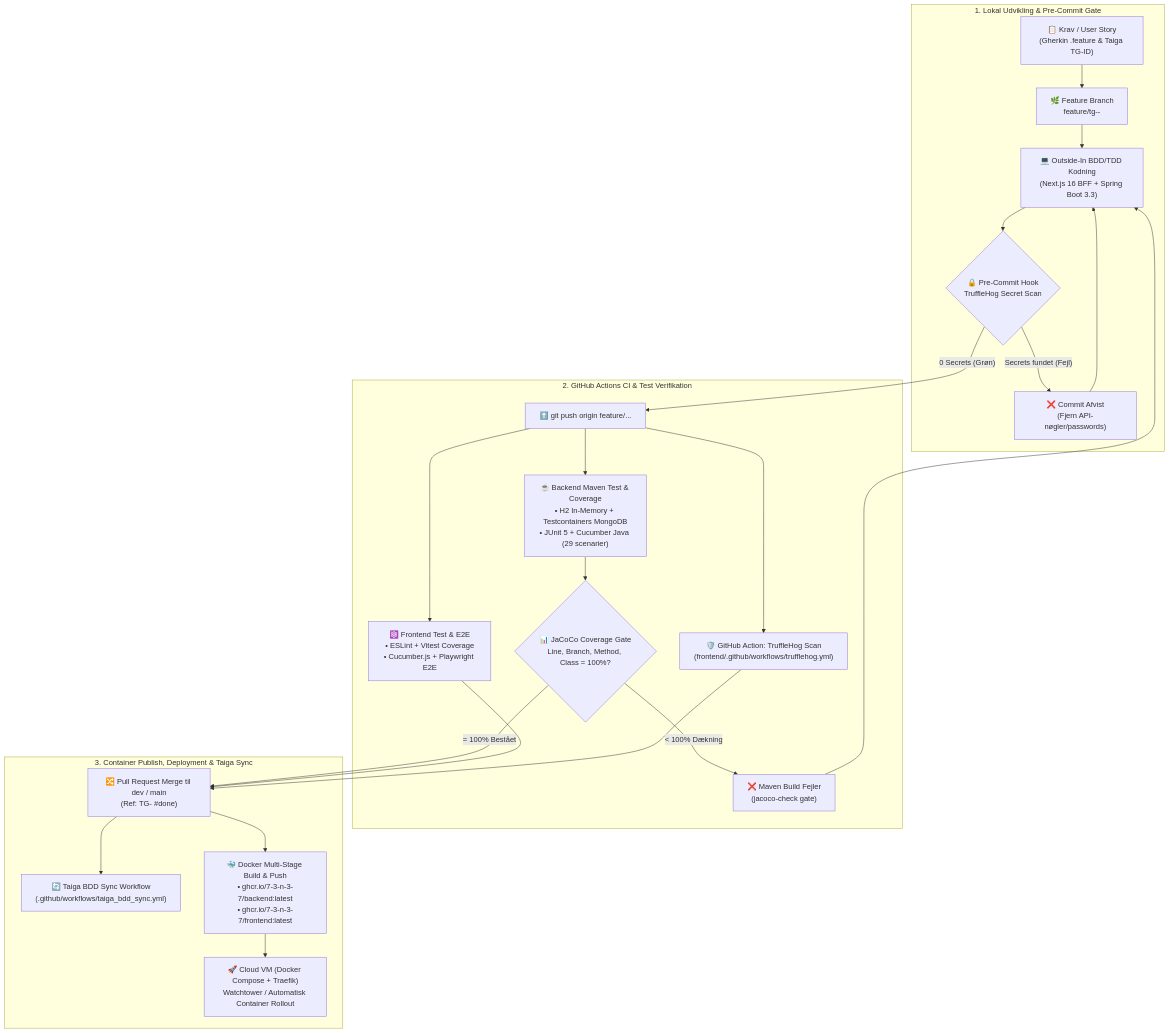
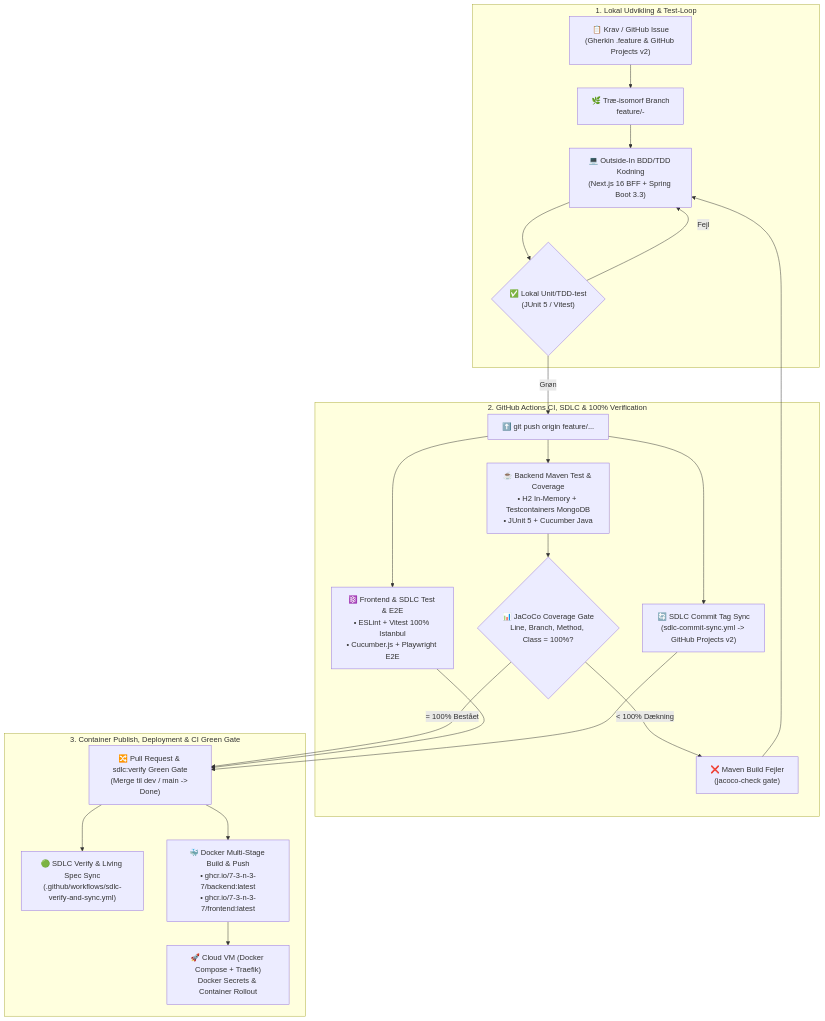
Before and after one commit to 7-3-N-3-7/api: the fourth of 24 diagrams in HOVEDOPGAVE_DIAGRAMMER.md, drawn with Mermaid. The commit also changed other lines of this file and 57 other files, not shown here.

First line of the commit message:
remove trufflehog & tilføj links til diagrammer (#103)

````diff
--- a/HOVEDOPGAVE_DIAGRAMMER.md
+++ b/HOVEDOPGAVE_DIAGRAMMER.md
@@ -178,31 +133,30 @@
 ```mermaid
 flowchart TD
-    subgraph LocalDev["1. Lokal Udvikling & Pre-Commit Gate"]
-        US["📋 Krav / User Story\n(Gherkin .feature & Taiga TG-ID)"] --> Branch["🌿 Feature Branch\nfeature/tg-<id>-<beskrivelse>"]
+    subgraph LocalDev["1. Lokal Udvikling & Test-Loop"]
+        US["📋 Krav / GitHub Issue\n(Gherkin .feature & GitHub Projects v2)"] --> Branch["🌿 Træ-isomorf Branch\nfeature/<id>-<beskrivelse>"]
         Branch --> Code["💻 Outside-In BDD/TDD Kodning\n(Next.js 16 BFF + Spring Boot 3.3)"]
-        Code --> PreCommit{"🔒 Pre-Commit Hook\nTruffleHog Secret Scan"}
-        PreCommit -- "Secrets fundet (Fejl)" --> BlockCommit["❌ Commit Afvist\n(Fjern API-nøgler/passwords)"]
-        BlockCommit --> Code
+        Code --> LocalTest{"✅ Lokal Unit/TDD-test\n(JUnit 5 / Vitest)"}
+        LocalTest -- "Fejl" --> Code
     end
 
-    subgraph GitHubCI["2. GitHub Actions CI & Test Verifikation"]
-        PreCommit -- "0 Secrets (Grøn)" --> Push["⬆️ git push origin feature/..."]
-        Push --> THAction["🛡️ GitHub Action: TruffleHog Scan\n(frontend/.github/workflows/trufflehog.yml)"]
-        Push --> BackendTest["☕ Backend Maven Test & Coverage\n• H2 In-Memory + Testcontainers MongoDB\n• JUnit 5 + Cucumber Java (29 scenarier)"]
+    subgraph GitHubCI["2. GitHub Actions CI, SDLC & 100% Verification"]
+        LocalTest -- "Grøn" --> Push["⬆️ git push origin feature/..."]
+        Push --> CommitSync["🔄 SDLC Commit Tag Sync\n(sdlc-commit-sync.yml -> GitHub Projects v2)"]
+        Push --> BackendTest["☕ Backend Maven Test & Coverage\n• H2 In-Memory + Testcontainers MongoDB\n• JUnit 5 + Cucumber Java"]
         BackendTest --> JaCoCo{"📊 JaCoCo Coverage Gate\nLine, Branch, Method, Class = 100%?"}
         JaCoCo -- "< 100% Dækning" --> BuildFail["❌ Maven Build Fejler\n(jacoco-check gate)"]
         BuildFail --> Code
 
-        Push --> FrontendTest["⚛️ Frontend Test & E2E\n• ESLint + Vitest Coverage\n• Cucumber.js + Playwright E2E"]
+        Push --> FrontendTest["⚛️ Frontend & SDLC Test & E2E\n• ESLint + Vitest 100% Istanbul\n• Cucumber.js + Playwright E2E"]
     end
 
-    subgraph CDDeploy["3. Container Publish, Deployment & Taiga Sync"]
-        JaCoCo -- "= 100% Bestået" --> PRMerge["🔀 Pull Request Merge til dev / main\n(Ref: TG-<id> #done)"]
+    subgraph CDDeploy["3. Container Publish, Deployment & CI Green Gate"]
+        JaCoCo -- "= 100% Bestået" --> PRMerge["🔀 Pull Request & sdlc:verify Green Gate\n(Merge til dev / main -> Done)"]
         FrontendTest --> PRMerge
-        THAction --> PRMerge
+        CommitSync --> PRMerge
 
-        PRMerge --> TaigaSync["🔄 Taiga BDD Sync Workflow\n(.github/workflows/taiga_bdd_sync.yml)"]
+        PRMerge --> SdlcVerify["🟢 SDLC Verify & Living Spec Sync\n(.github/workflows/sdlc-verify-and-sync.yml)"]
         PRMerge --> GHCR["🐳 Docker Multi-Stage Build & Push\n• ghcr.io/7-3-n-3-7/backend:latest\n• ghcr.io/7-3-n-3-7/frontend:latest"]
-        GHCR --> ProdRollout["🚀 Cloud VM (Docker Compose + Traefik)\nWatchtower / Automatisk Container Rollout"]
+        GHCR --> ProdRollout["🚀 Cloud VM (Docker Compose + Traefik)\nDocker Secrets & Container Rollout"]
     end
 ```
````
